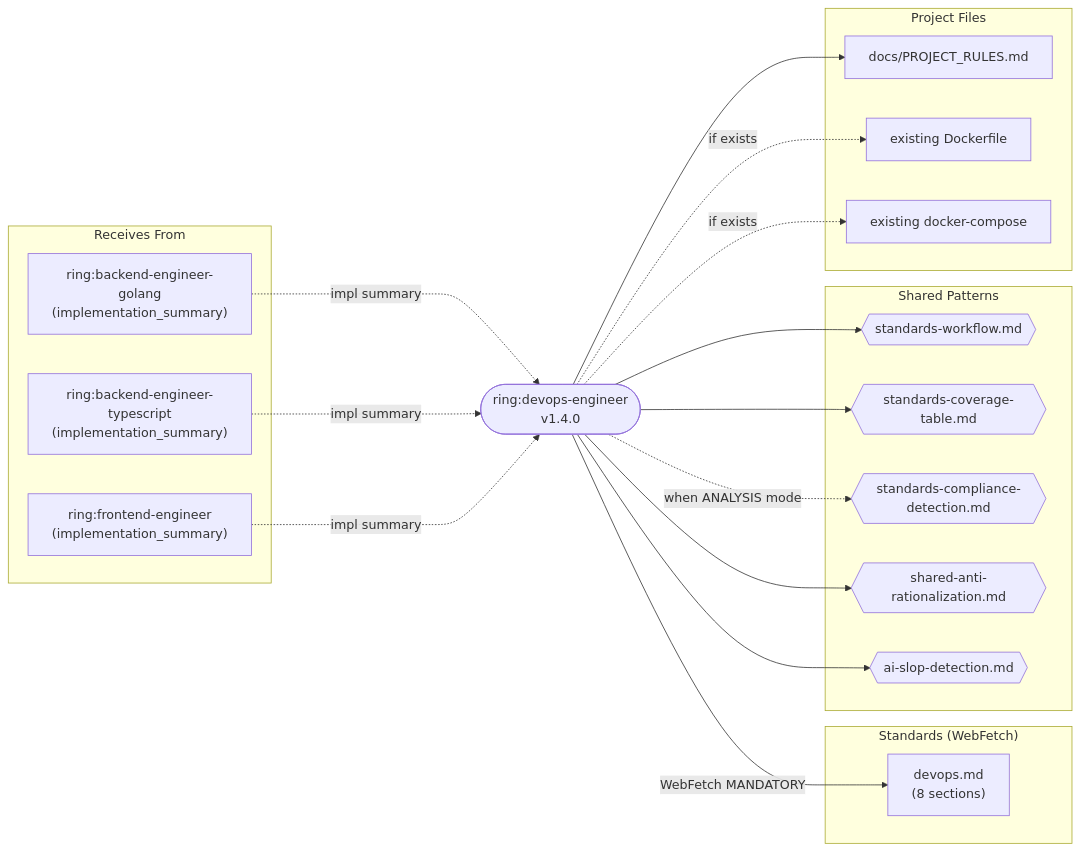
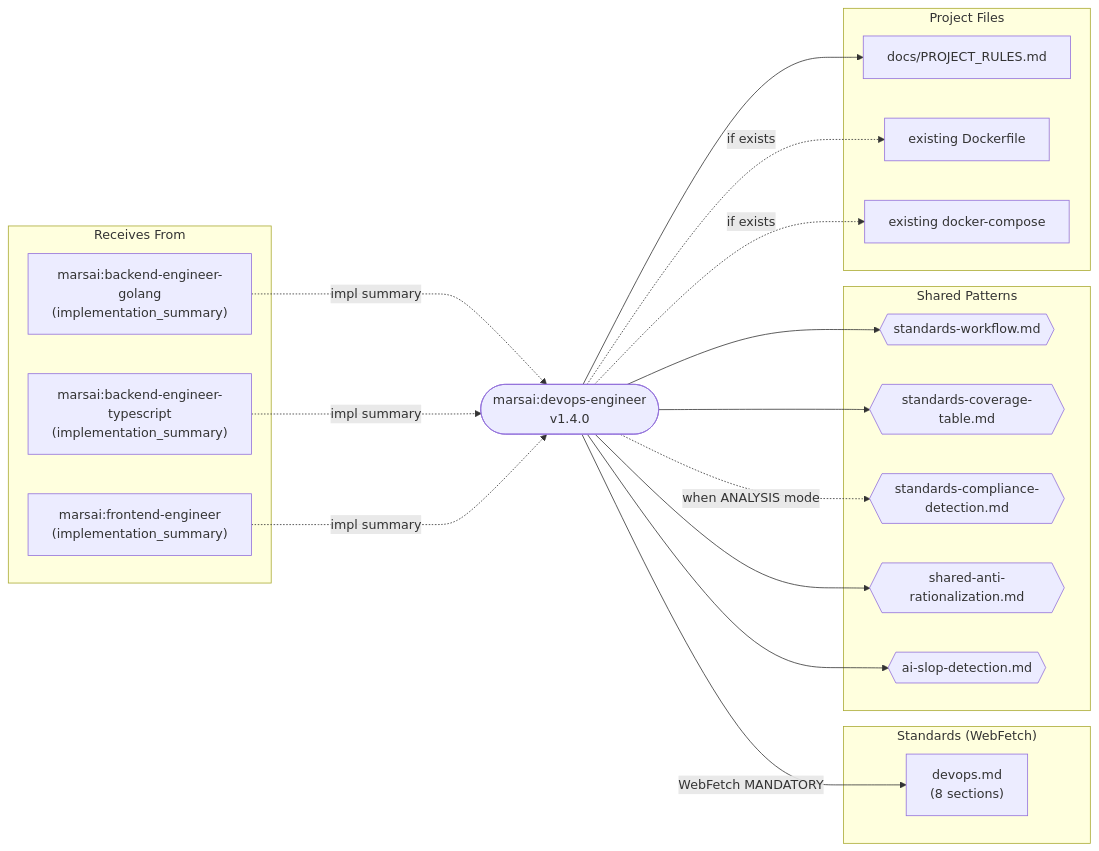
The eighth of 21 diagrams in dev-team/docs/dependency-diagrams.md (rodrigodh/ring), drawn with Mermaid before and after one commit. The commit also changed other lines of this file and 203 other files, not shown here.

````diff
--- a/dev-team/docs/dependency-diagrams.md
+++ b/dev-team/docs/dependency-diagrams.md
@@ -399,37 +399,37 @@
 ```mermaid
 flowchart LR
-    agent(["ring:devops-engineer<br/>v1.4.0"])
+    agent(["marsai:devops-engineer<br/>v1.4.0"])
 
     subgraph Standards["Standards (WebFetch)"]
         devops["devops.md<br/>(8 sections)"]
     end
 
     subgraph SharedPatterns["Shared Patterns"]
         sw{{"standards-workflow.md"}}
         sct{{"standards-coverage-table.md"}}
         scd{{"standards-compliance-detection.md"}}
         sar{{"shared-anti-rationalization.md"}}
         asd{{"ai-slop-detection.md"}}
     end
 
     subgraph ReceivesFrom["Receives From"]
-        goEng["ring:backend-engineer-golang<br/>(implementation_summary)"]
-        tsEng["ring:backend-engineer-typescript<br/>(implementation_summary)"]
-        feEng["ring:frontend-engineer<br/>(implementation_summary)"]
+        goEng["marsai:backend-engineer-golang<br/>(implementation_summary)"]
+        tsEng["marsai:backend-engineer-typescript<br/>(implementation_summary)"]
+        feEng["marsai:frontend-engineer<br/>(implementation_summary)"]
     end
 
     subgraph ProjectFiles["Project Files"]
         pr["docs/PROJECT_RULES.md"]
         dockerfile["existing Dockerfile"]
         compose["existing docker-compose"]
     end
 
     agent -->|"WebFetch MANDATORY"| devops
     agent --> sw & sct & sar & asd
     agent -.->|"when ANALYSIS mode"| scd
     agent --> pr
     goEng ...->|"impl summary"| agent
     tsEng ...->|"impl summary"| agent
     feEng ...->|"impl summary"| agent
     agent -.->|"if exists"| dockerfile & compose
 ```
````
